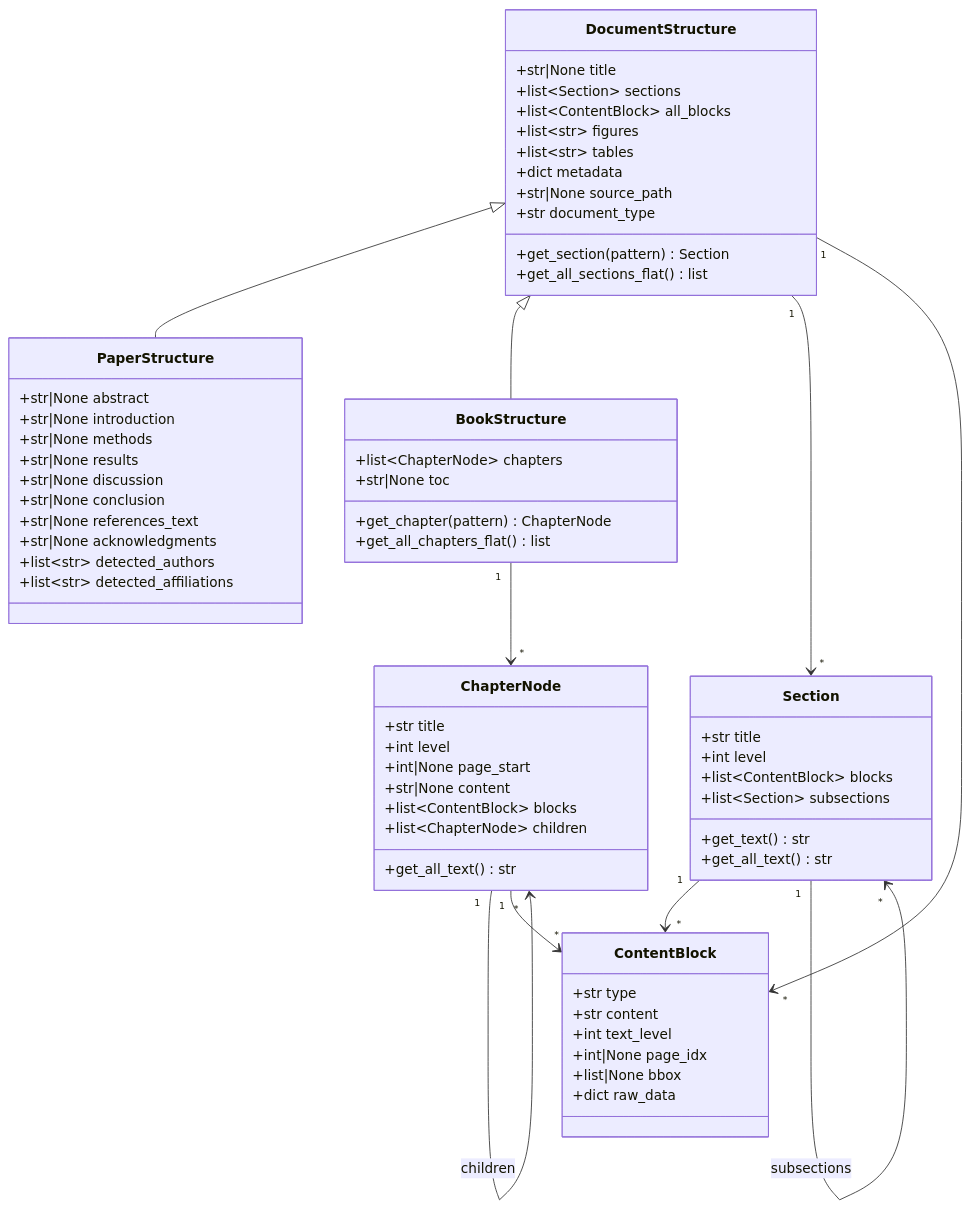
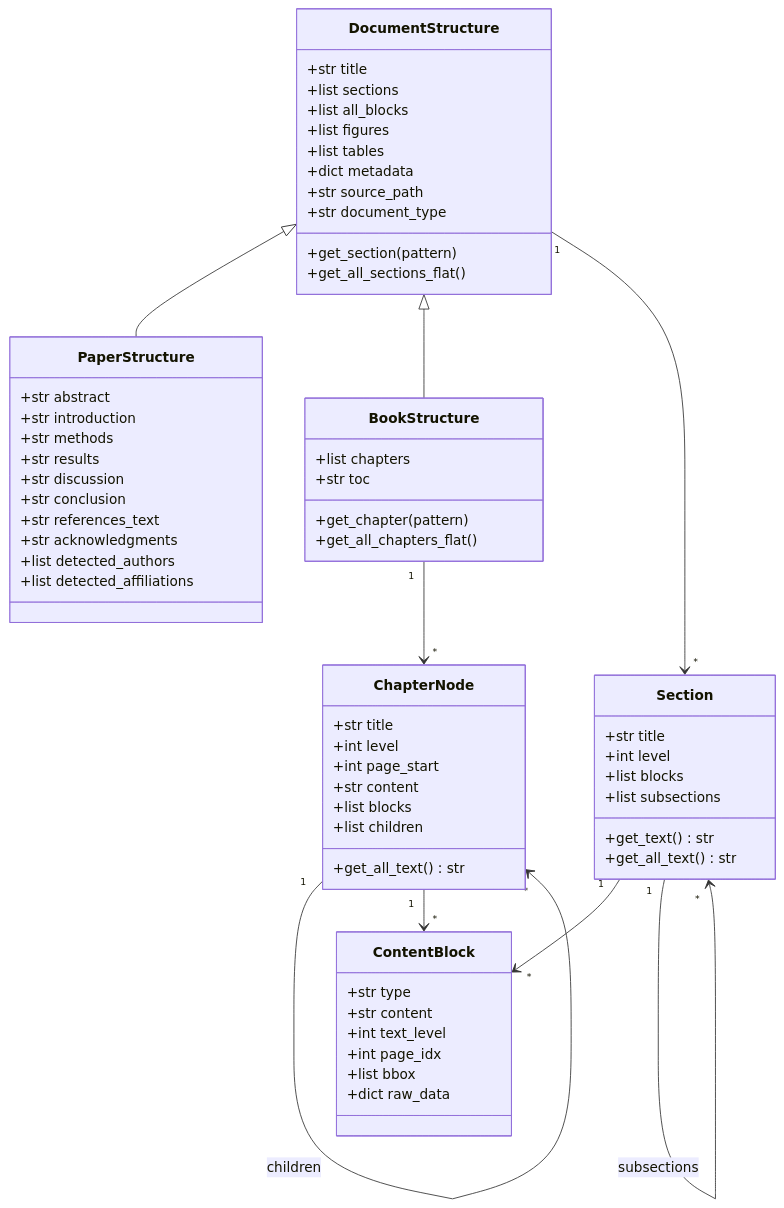
One commit to SteadfastAsArt/paper-ladder changed diagram 11 of 15 in docs/ARCHITECTURE.md. Above: the diagram before and after it, drawn with Mermaid. The commit also changed other lines of this file, not shown here.

Commit message:
Fix Mermaid syntax for GitHub compatibility

````diff
--- a/docs/ARCHITECTURE.md
+++ b/docs/ARCHITECTURE.md
@@ -596,73 +584,72 @@
 ```mermaid
 classDiagram
     class ContentBlock {
         +str type
         +str content
         +int text_level
-        +int|None page_idx
-        +list|None bbox
+        +int page_idx
+        +list bbox
         +dict raw_data
     }
 
     class Section {
         +str title
         +int level
-        +list~ContentBlock~ blocks
-        +list~Section~ subsections
+        +list blocks
+        +list subsections
         +get_text() str
         +get_all_text() str
     }
 
     class DocumentStructure {
-        +str|None title
-        +list~Section~ sections
-        +list~ContentBlock~ all_blocks
-        +list~str~ figures
-        +list~str~ tables
+        +str title
+        +list sections
+        +list all_blocks
+        +list figures
+        +list tables
         +dict metadata
-        +str|None source_path
+        +str source_path
         +str document_type
-        +get_section(pattern) Section
-        +get_all_sections_flat() list
+        +get_section(pattern)
+        +get_all_sections_flat()
     }
 
     class PaperStructure {
-        +str|None abstract
-        +str|None introduction
-        +str|None methods
-        +str|None results
-        +str|None discussion
-        +str|None conclusion
-        +str|None references_text
-        +str|None acknowledgments
-        +list~str~ detected_authors
-        +list~str~ detected_affiliations
+        +str abstract
+        +str introduction
+        +str methods
+        +str results
+        +str discussion
+        +str conclusion
+        +str references_text
+        +str acknowledgments
+        +list detected_authors
+        +list detected_affiliations
     }
 
     class ChapterNode {
         +str title
         +int level
-        +int|None page_start
-        +str|None content
-        +list~ContentBlock~ blocks
-        +list~ChapterNode~ children
+        +int page_start
+        +str content
+        +list blocks
+        +list children
         +get_all_text() str
     }
 
     class BookStructure {
-        +list~ChapterNode~ chapters
-        +str|None toc
-        +get_chapter(pattern) ChapterNode
-        +get_all_chapters_flat() list
+        +list chapters
+        +str toc
+        +get_chapter(pattern)
+        +get_all_chapters_flat()
     }
 
     DocumentStructure <|-- PaperStructure
     DocumentStructure <|-- BookStructure
     Section "1" --> "*" ContentBlock
     Section "1" --> "*" Section : subsections
     DocumentStructure "1" --> "*" Section
-    DocumentStructure "1" --> "*" ContentBlock
     BookStructure "1" --> "*" ChapterNode
     ChapterNode "1" --> "*" ChapterNode : children
     ChapterNode "1" --> "*" ContentBlock
 ```
````
